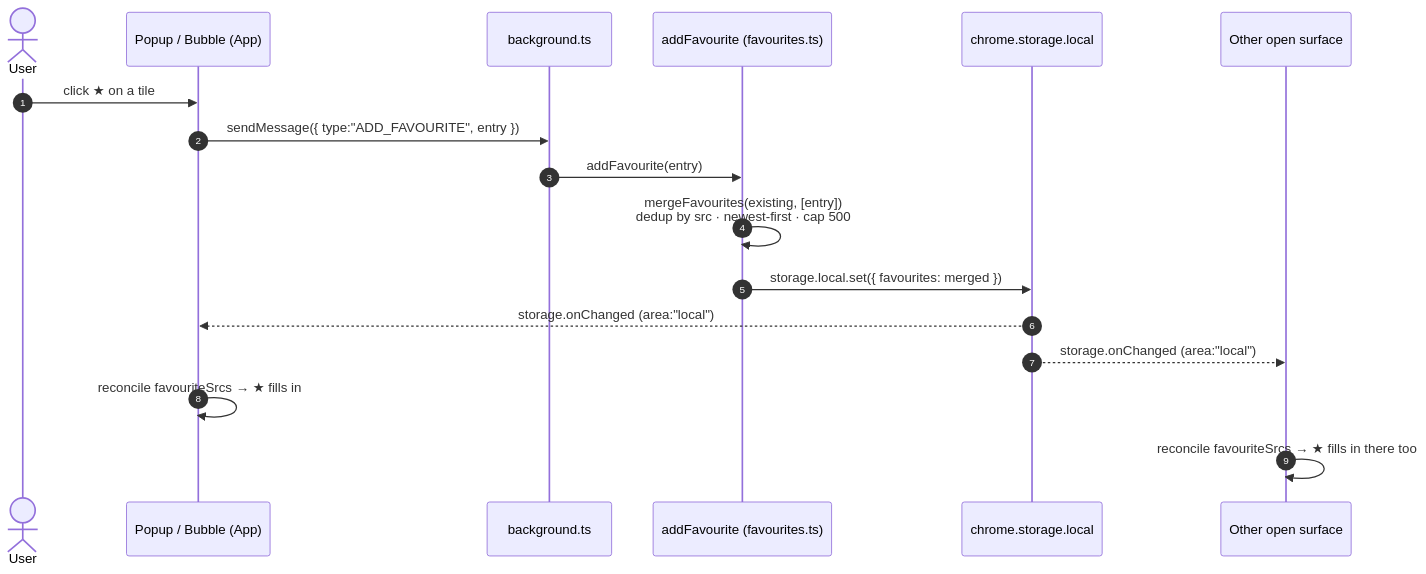
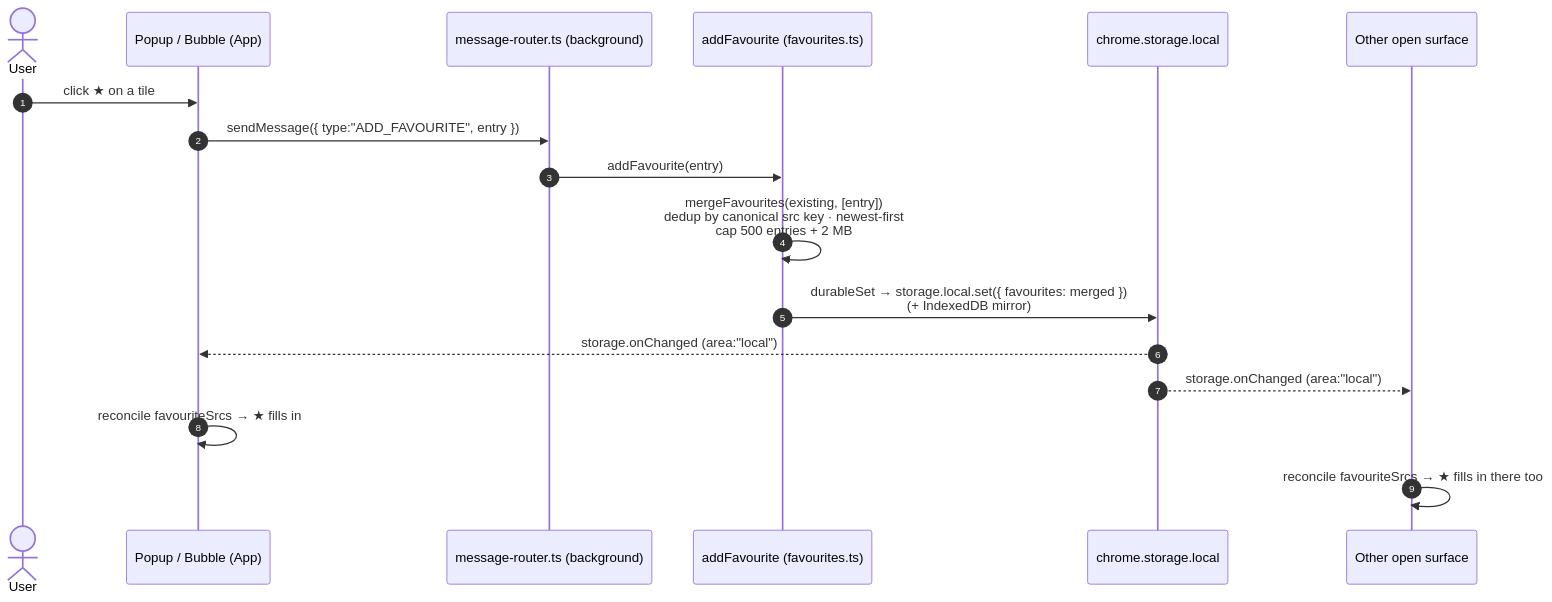
One commit to mralaminahamed/media-bulk-downloads changed the diagram in docs/guides/favourites.md. Above: the diagram before and after it, drawn with Mermaid. The commit also changed other lines of this file and 2 other files, not shown here.

First line of the commit message:
docs(guides): rewrite getting-started, badge, favourites (verified vs code)

````diff
--- a/docs/guides/favourites.md
+++ b/docs/guides/favourites.md
@@ -33,20 +48,20 @@
 ```mermaid
 sequenceDiagram
   autonumber
   actor U as User
   participant P as Popup / Bubble (App)
-  participant SW as background.ts
+  participant SW as message-router.ts (background)
   participant F as addFavourite (favourites.ts)
   participant ST as chrome.storage.local
   participant P2 as Other open surface
 
   U->>P: click ★ on a tile
   P->>SW: sendMessage({ type:"ADD_FAVOURITE", entry })
   SW->>F: addFavourite(entry)
-  F->>F: mergeFavourites(existing, [entry])<br/>dedup by src · newest-first · cap 500
-  F->>ST: storage.local.set({ favourites: merged })
+  F->>F: mergeFavourites(existing, [entry])<br/>dedup by canonical src key · newest-first<br/>cap 500 entries + 2 MB
+  F->>ST: durableSet → storage.local.set({ favourites: merged })<br/>(+ IndexedDB mirror)
   ST-->>P: storage.onChanged (area:"local")
   ST-->>P2: storage.onChanged (area:"local")
   P->>P: reconcile favouriteSrcs → ★ fills in
   P2->>P2: reconcile favouriteSrcs → ★ fills in there too
 ```
````
